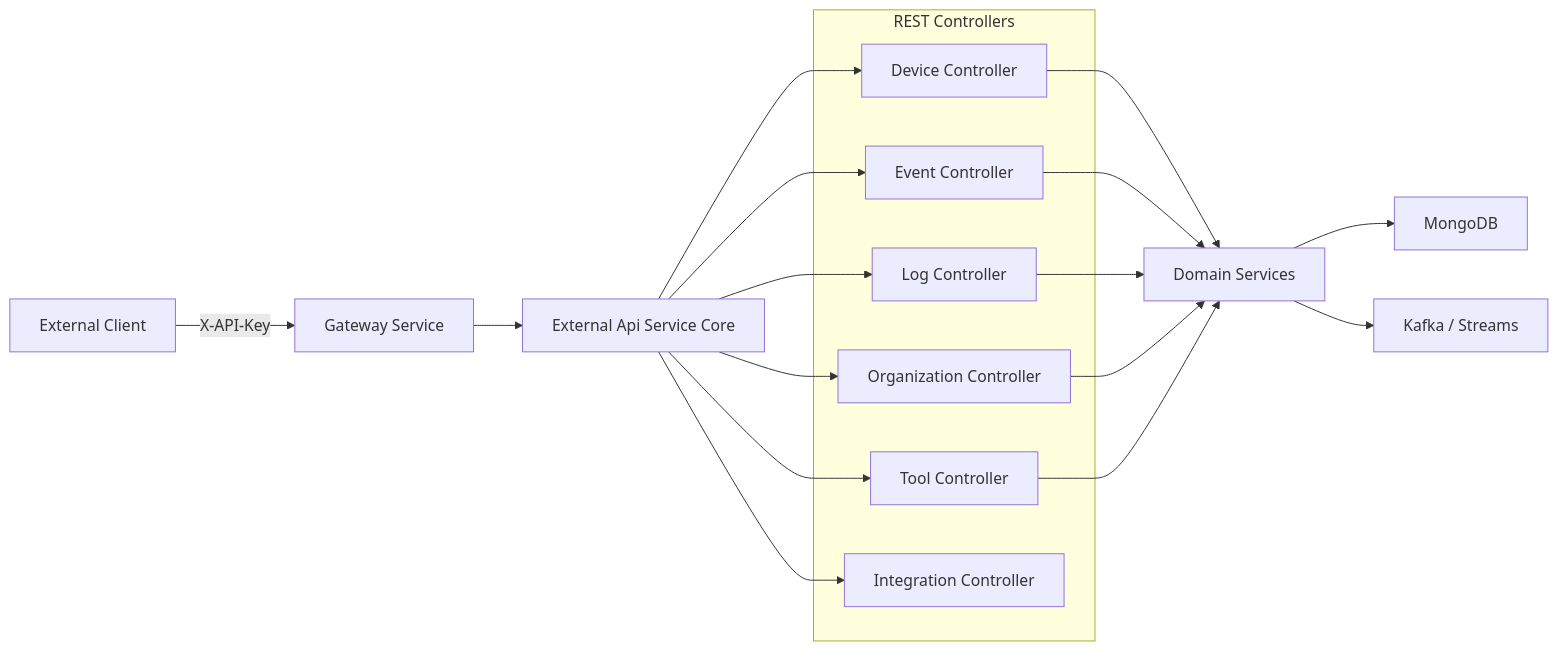
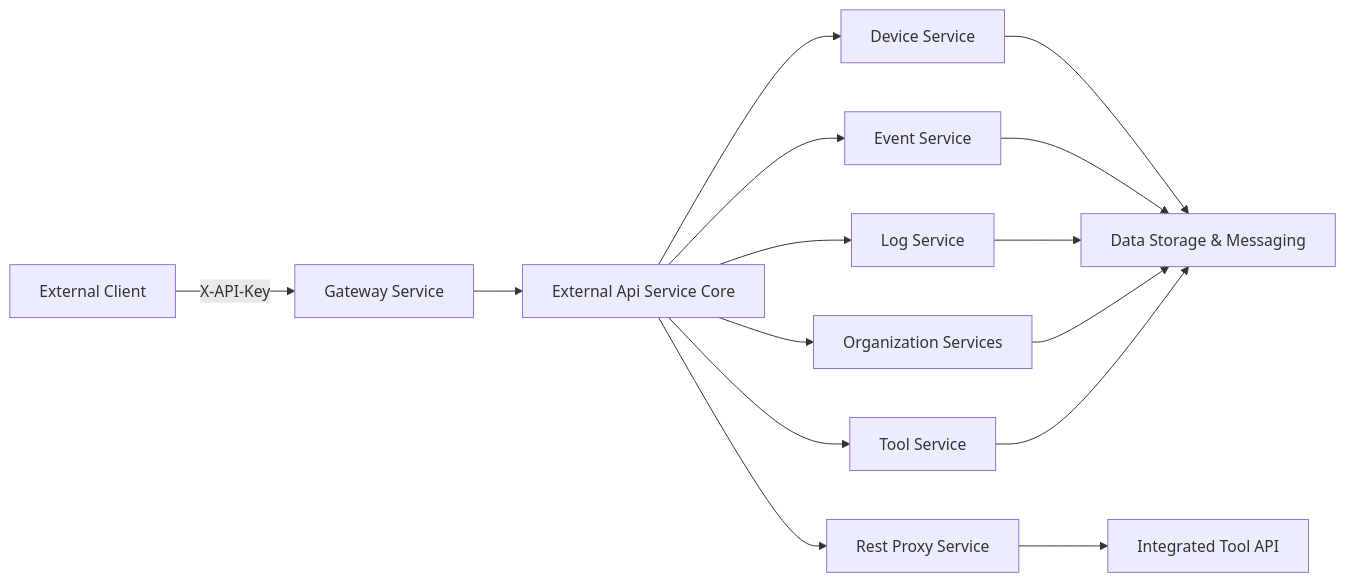
Before and after one commit to Praesto-Pro/openframe-oss-tenant: the diagram in docs/architecture/diagrams/external-api-service-core.mmd, drawn with Mermaid. The commit also changed 214 other files, not shown here.

```diff
--- a/docs/architecture/diagrams/external-api-service-core.mmd
+++ b/docs/architecture/diagrams/external-api-service-core.mmd
@@ -1,28 +1,18 @@
 flowchart LR
     Client["External Client"] -->|"X-API-Key"| Gateway["Gateway Service"]
-    Gateway --> ExternalAPI["External Api Service Core"]
+    Gateway --> ExternalApi["External Api Service Core"]
 
-    subgraph controllers["REST Controllers"]
-        DeviceCtrl["Device Controller"]
-        EventCtrl["Event Controller"]
-        LogCtrl["Log Controller"]
-        OrgCtrl["Organization Controller"]
-        ToolCtrl["Tool Controller"]
-        IntegrationCtrl["Integration Controller"]
-    end
+    ExternalApi --> DeviceService["Device Service"]
+    ExternalApi --> EventService["Event Service"]
+    ExternalApi --> LogService["Log Service"]
+    ExternalApi --> OrgService["Organization Services"]
+    ExternalApi --> ToolService["Tool Service"]
 
-    ExternalAPI --> DeviceCtrl
-    ExternalAPI --> EventCtrl
-    ExternalAPI --> LogCtrl
-    ExternalAPI --> OrgCtrl
-    ExternalAPI --> ToolCtrl
-    ExternalAPI --> IntegrationCtrl
+    ExternalApi --> ProxyService["Rest Proxy Service"]
+    ProxyService --> IntegratedTool["Integrated Tool API"]
 
-    DeviceCtrl --> DomainServices["Domain Services"]
-    EventCtrl --> DomainServices
-    LogCtrl --> DomainServices
-    OrgCtrl --> DomainServices
-    ToolCtrl --> DomainServices
-
-    DomainServices --> Mongo["MongoDB"]
-    DomainServices --> Kafka["Kafka / Streams"]
+    DeviceService --> DataLayer["Data Storage & Messaging"]
+    EventService --> DataLayer
+    LogService --> DataLayer
+    OrgService --> DataLayer
+    ToolService --> DataLayer
```
